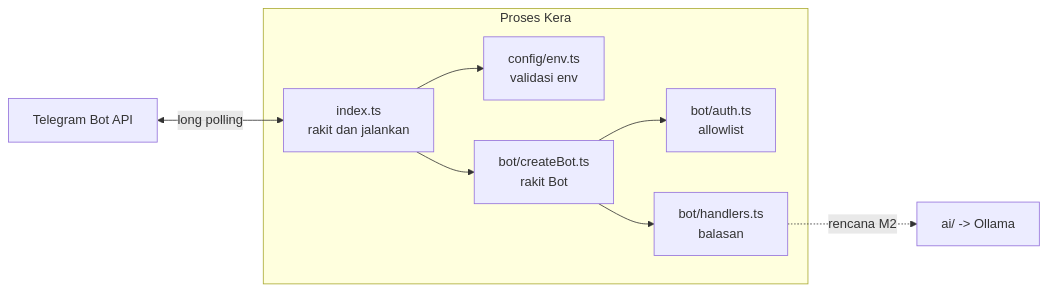
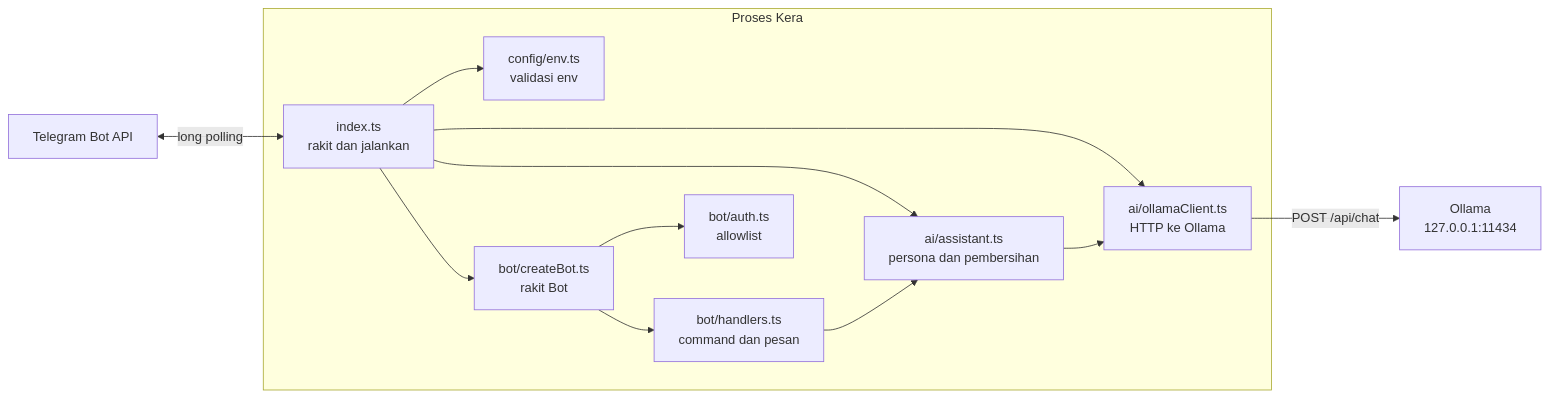
Before and after one commit to yusufwdn/kera: the diagram in docs/learning/02-application-architecture.md, drawn with Mermaid. The commit also changed other lines of this file and 26 other files, not shown here.

First line of the commit message:
feat: refactor bot creation and error handling; integrate Ollama client

````diff
--- a/docs/learning/02-application-architecture.md
+++ b/docs/learning/02-application-architecture.md
@@ -8,18 +8,25 @@
 ```mermaid
 flowchart LR
   TG[Telegram Bot API] <-->|long polling| IDX
+  OL[Ollama<br/>127.0.0.1:11434]
 
   subgraph Proses Kera
     IDX[index.ts<br/>rakit dan jalankan]
     CFG[config/env.ts<br/>validasi env]
     BOT[bot/createBot.ts<br/>rakit Bot]
     AUTH[bot/auth.ts<br/>allowlist]
-    HND[bot/handlers.ts<br/>balasan]
+    HND[bot/handlers.ts<br/>command dan pesan]
+    AST[ai/assistant.ts<br/>persona dan pembersihan]
+    OC[ai/ollamaClient.ts<br/>HTTP ke Ollama]
     IDX --> CFG
+    IDX --> OC
+    IDX --> AST
     IDX --> BOT
     BOT --> AUTH
     BOT --> HND
+    HND --> AST
+    AST --> OC
   end
 
-  HND -. rencana M2 .-> AI[ai/ -> Ollama]
+  OC -->|POST /api/chat| OL
 ```
````
